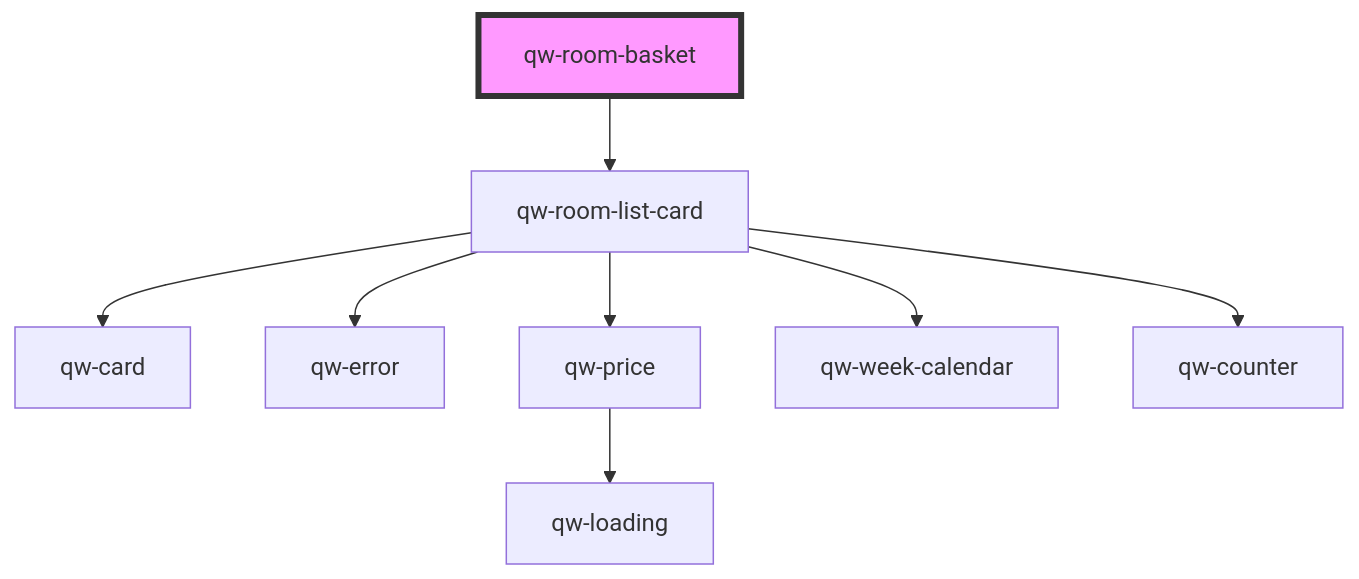
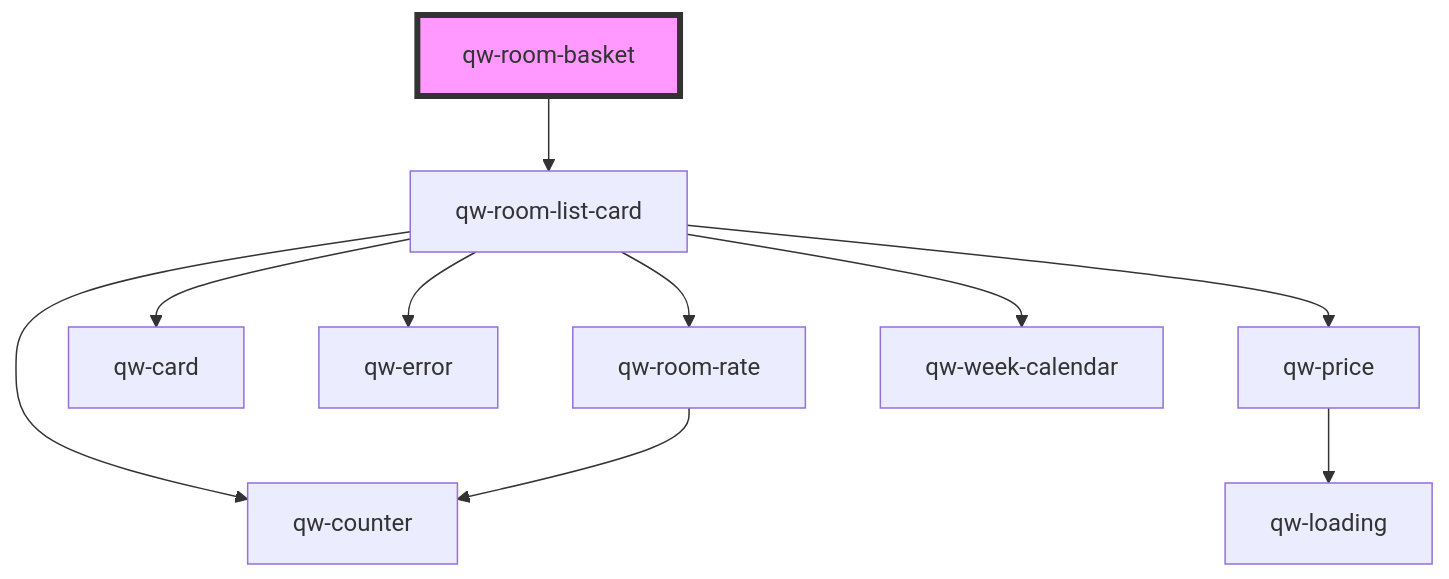
Before and after one commit to qwentes-team/qw-hotels: the diagram in src/components/qw-room-basket/readme.md, drawn with Mermaid. The commit also changed 6 other files, not shown here.

````diff
--- a/src/components/qw-room-basket/readme.md
+++ b/src/components/qw-room-basket/readme.md
@@ -30,11 +30,13 @@
 ```mermaid
 graph TD;
   qw-room-basket --> qw-room-list-card
+  qw-room-list-card --> qw-room-rate
   qw-room-list-card --> qw-card
   qw-room-list-card --> qw-error
   qw-room-list-card --> qw-price
   qw-room-list-card --> qw-week-calendar
   qw-room-list-card --> qw-counter
+  qw-room-rate --> qw-counter
   qw-price --> qw-loading
   style qw-room-basket fill:#f9f,stroke:#333,stroke-width:4px
 ```
````
